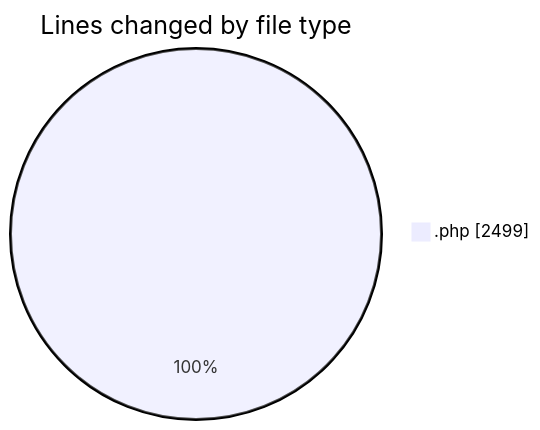
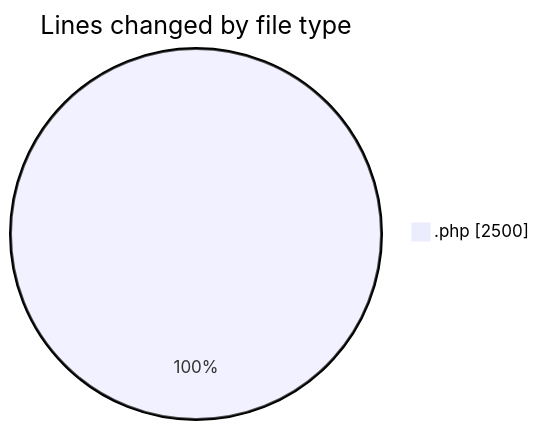
One commit to debugP/code-tracking changed the first of 2 diagrams in 2026-10-20/untitled__workspace_/README.md. Above: the diagram before and after it, drawn with Mermaid. The commit also changed other lines of this file and 1 other file, not shown here.

````diff
--- a/2026-10-20/untitled__workspace_/README.md
+++ b/2026-10-20/untitled__workspace_/README.md
@@ -20,5 +20,5 @@
 ```mermaid
 pie showData
 title Lines changed by file type
-".php" : 2499
+".php" : 2500
 ```
````
